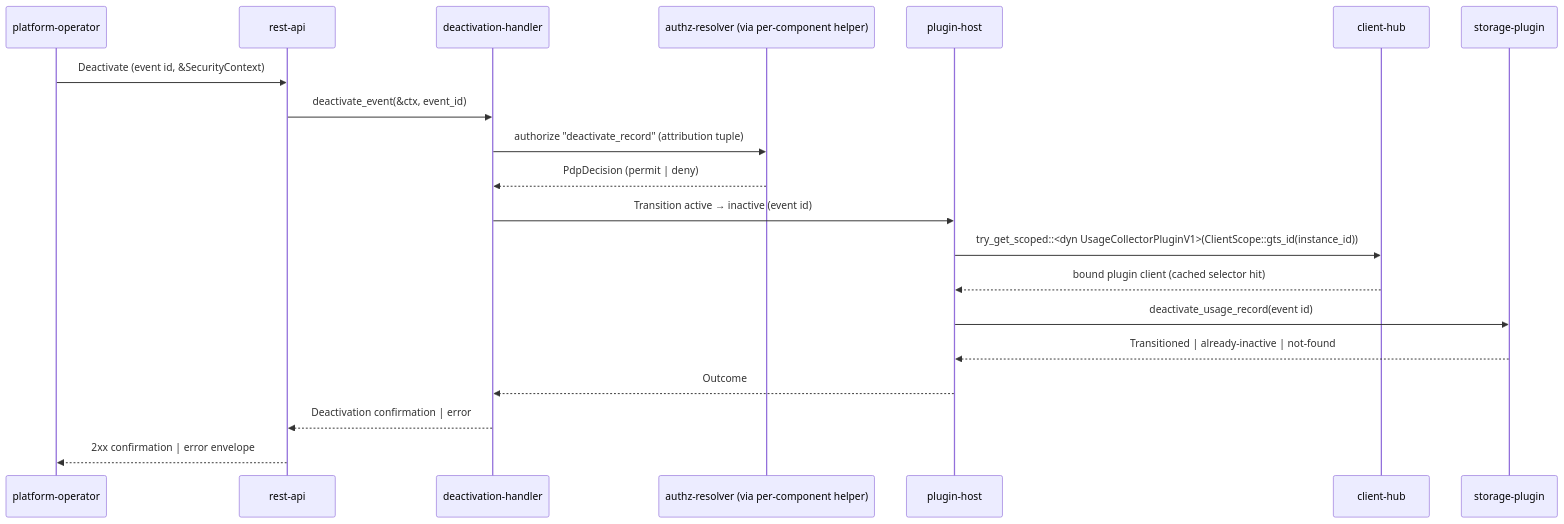
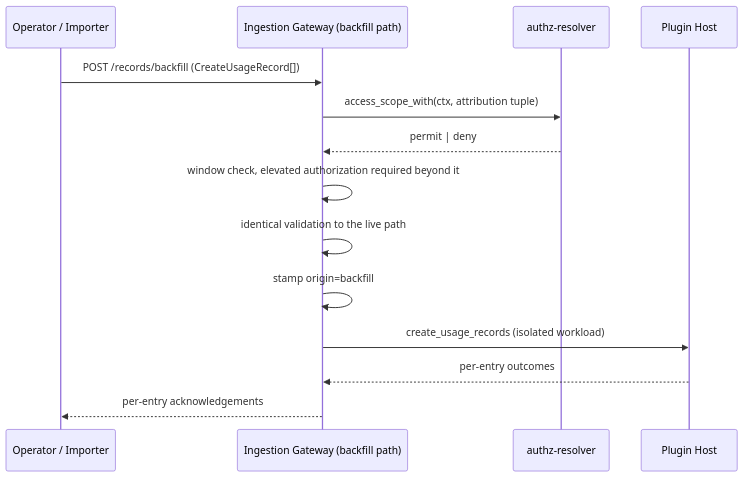
Before and after one commit to constructorfabric/gears-rust: the eighth of 8 diagrams in gears/system/usage-collector/docs/DESIGN.md, drawn with Mermaid. The commit also changed other lines of this file and 36 other files, not shown here.

First line of the commit message:
docs(usage-collector)!: rework the metering model in DESIGN and the ADRs

````diff
--- a/gears/system/usage-collector/docs/DESIGN.md
+++ b/gears/system/usage-collector/docs/DESIGN.md
@@ -926,22 +1487,17 @@
 ```mermaid
 sequenceDiagram
-    participant Operator as platform-operator
-    participant Surface as rest-api
-    participant DH as deactivation-handler
-    participant PDP as authz-resolver (via per-component helper)
-    participant PH as plugin-host
-    participant Hub as client-hub
-    participant SP as storage-plugin
-    Operator ->> Surface: Deactivate (event id, &SecurityContext)
-    Surface ->> DH: deactivate_event(&ctx, event_id)
-    DH ->> PDP: authorize "deactivate_record" (attribution tuple)
-    PDP -->> DH: PdpDecision (permit | deny)
-    DH ->> PH: Transition active → inactive (event id)
-    PH ->> Hub: try_get_scoped::<dyn UsageCollectorPluginV1>(ClientScope::gts_id(instance_id))
-    Hub -->> PH: bound plugin client (cached selector hit)
-    PH ->> SP: deactivate_usage_record(event id)
-    SP -->> PH: Transitioned | already-inactive | not-found
-    PH -->> DH: Outcome
-    DH -->> Surface: Deactivation confirmation | error
-    Surface -->> Operator: 2xx confirmation | error envelope
+    participant O as Operator / Importer
+    participant IG as Ingestion Gateway (backfill path)
+    participant PDP as authz-resolver
+    participant PH as Plugin Host
+
+    O->>IG: POST /records/backfill (CreateUsageRecord[])
+    IG->>PDP: access_scope_with(ctx, attribution tuple)
+    PDP-->>IG: permit | deny
+    IG->>IG: window check, elevated authorization required beyond it
+    IG->>IG: identical validation to the live path
+    IG->>IG: stamp origin=backfill
+    IG->>PH: create_usage_records (isolated workload)
+    PH-->>IG: per-entry outcomes
+    IG-->>O: per-entry acknowledgements
 ```
````
